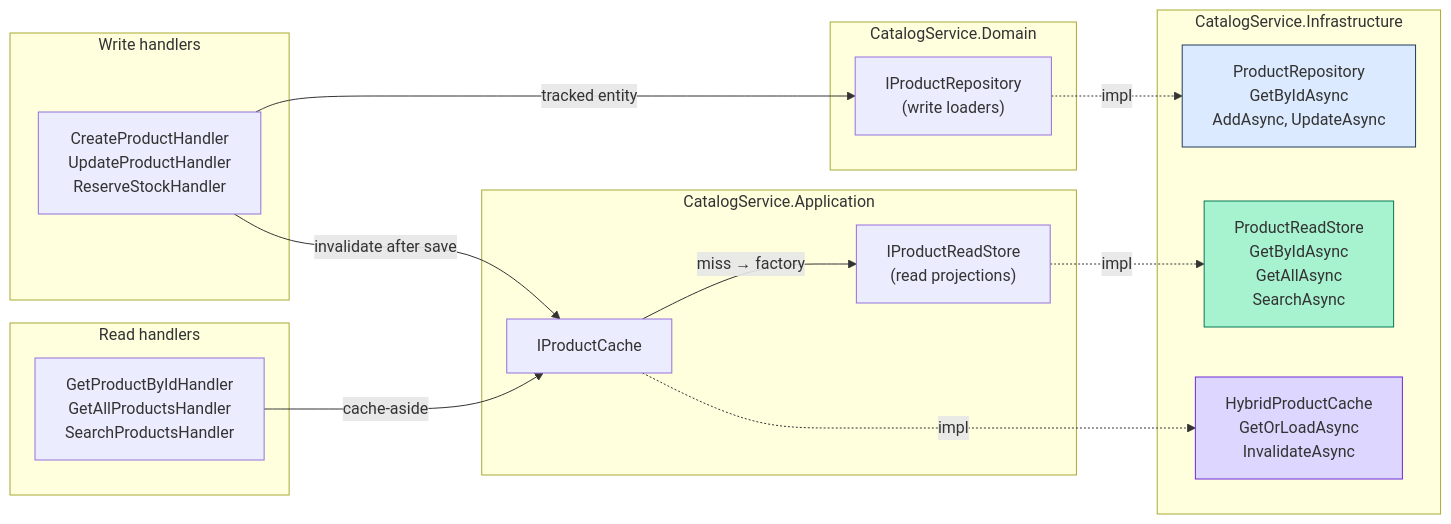
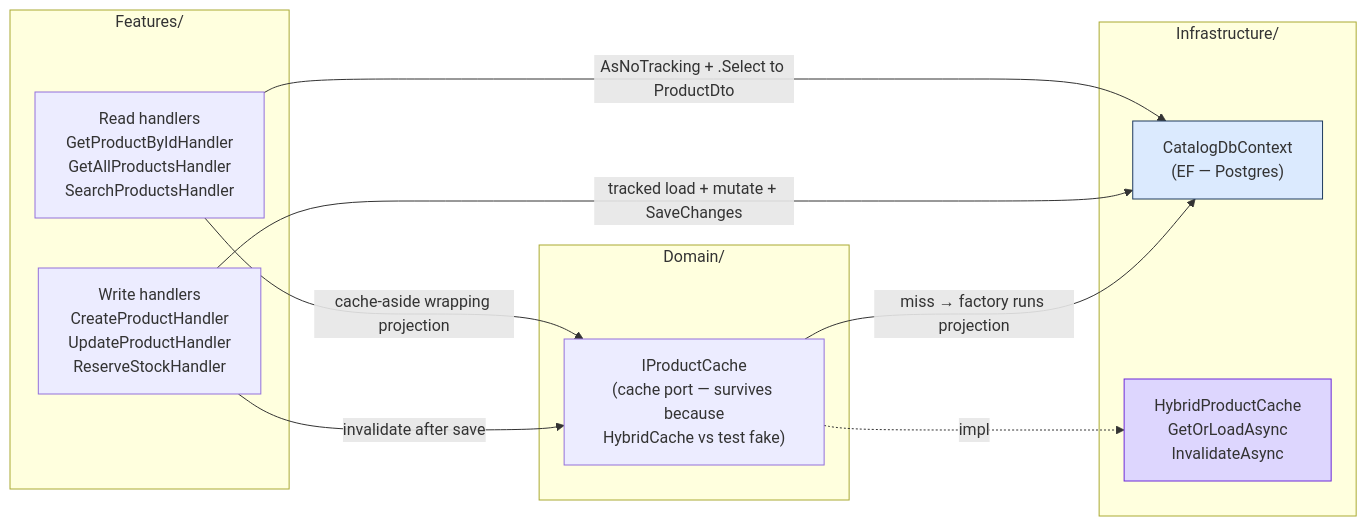
One commit to emeraldleaf/NextAurora changed the fourth of 4 diagrams in docs/code-flows/catalogservice.md. Above: the diagram before and after it, drawn with Mermaid. The commit also changed other lines of this file and 90 other files, not shown here.

````diff
--- a/docs/code-flows/catalogservice.md
+++ b/docs/code-flows/catalogservice.md
@@ -189,38 +189,27 @@
 ```mermaid
 graph LR
-    subgraph Domain["CatalogService.Domain"]
-        IPR["IProductRepository<br/>(write loaders)"]
+    subgraph Domain["Domain/"]
+        IPC["IProductCache<br/>(cache port — survives because<br/>HybridCache vs test fake)"]
     end
 
-    subgraph App["CatalogService.Application"]
-        IPRS["IProductReadStore<br/>(read projections)"]
-        IPC["IProductCache"]
+    subgraph Features["Features/"]
+        Readers["Read handlers<br/>GetProductByIdHandler<br/>GetAllProductsHandler<br/>SearchProductsHandler"]
+        Writers["Write handlers<br/>CreateProductHandler<br/>UpdateProductHandler<br/>ReserveStockHandler"]
     end
 
-    subgraph Infra["CatalogService.Infrastructure"]
-        PR["ProductRepository<br/>GetByIdAsync<br/>AddAsync, UpdateAsync"]
-        PRS["ProductReadStore<br/>GetByIdAsync<br/>GetAllAsync<br/>SearchAsync"]
+    subgraph Infra["Infrastructure/"]
+        Ctx["CatalogDbContext<br/>(EF — Postgres)"]
         HPC["HybridProductCache<br/>GetOrLoadAsync<br/>InvalidateAsync"]
     end
 
-    subgraph Writers["Write handlers"]
-        CW["CreateProductHandler<br/>UpdateProductHandler<br/>ReserveStockHandler"]
-    end
-
-    subgraph Readers["Read handlers"]
-        CR["GetProductByIdHandler<br/>GetAllProductsHandler<br/>SearchProductsHandler"]
-    end
-
-    IPR -.->|impl| PR
-    IPRS -.->|impl| PRS
     IPC -.->|impl| HPC
 
-    CW -->|tracked entity| IPR
-    CW -->|invalidate after save| IPC
-    CR -->|cache-aside| IPC
-    IPC -->|miss → factory| IPRS
+    Readers -->|AsNoTracking + .Select to ProductDto| Ctx
+    Readers -->|cache-aside wrapping projection| IPC
+    Writers -->|tracked load + mutate + SaveChanges| Ctx
+    Writers -->|invalidate after save| IPC
+    IPC -->|miss → factory runs projection| Ctx
 
-    style PR fill:#dbeafe,stroke:#1e3a5f
-    style PRS fill:#a7f3d0,stroke:#047857
+    style Ctx fill:#dbeafe,stroke:#1e3a5f
     style HPC fill:#ddd6fe,stroke:#6d28d9
 ```
````
